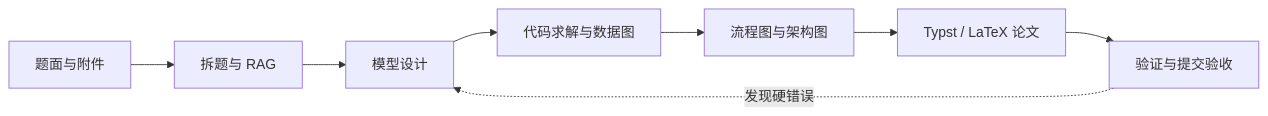
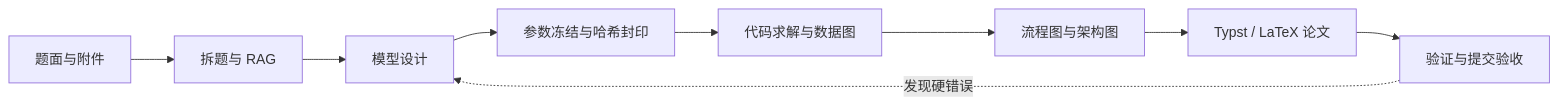
One commit to youyou755939/MathModelingWorkbench changed the diagram in README.md. Above: the diagram before and after it, drawn with Mermaid. The commit also changed other lines of this file and 25 other files, not shown here.

````diff
--- a/README.md
+++ b/README.md
@@ -59,10 +59,11 @@
 ```mermaid
 flowchart LR
     A[题面与附件] --> B[拆题与 RAG]
     B --> C[模型设计]
-    C --> D[代码求解与数据图]
+    C --> H[参数冻结与哈希封印]
+    H --> D[代码求解与数据图]
     D --> E[流程图与架构图]
     E --> F[Typst / LaTeX 论文]
     F --> G[验证与提交验收]
     G -. 发现硬错误 .-> C
 ```
````
